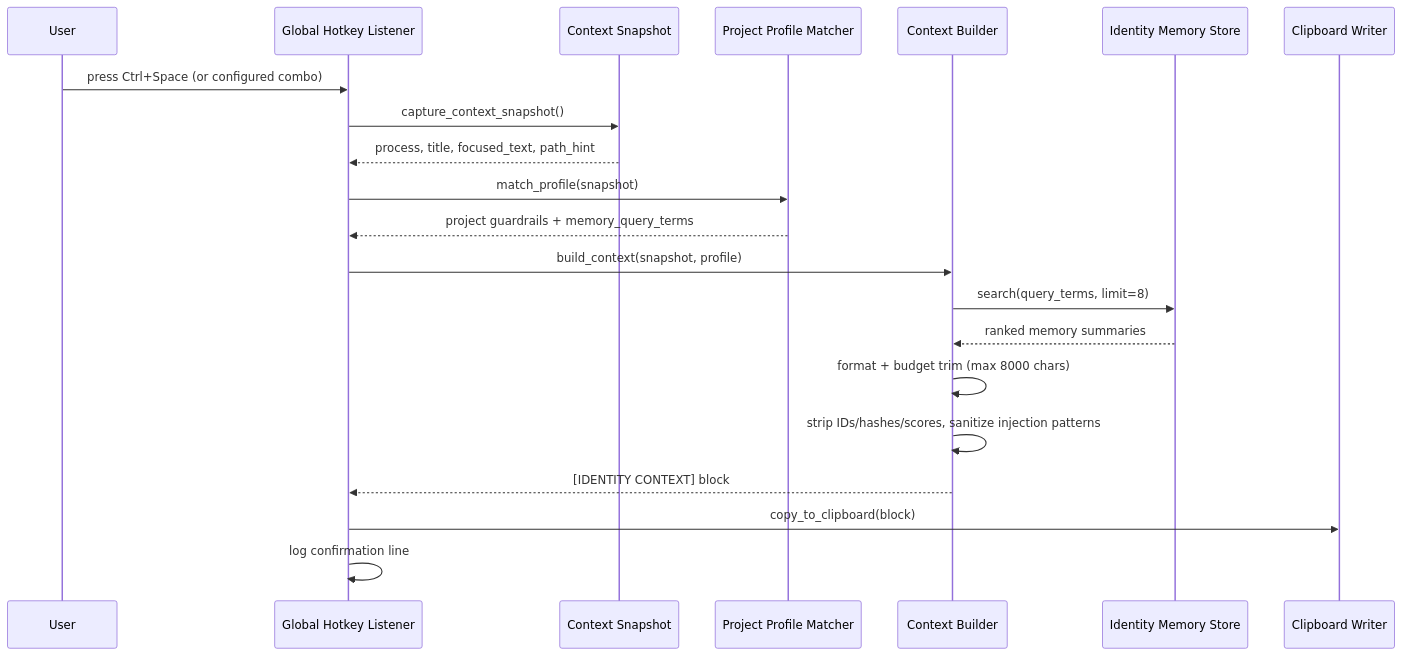
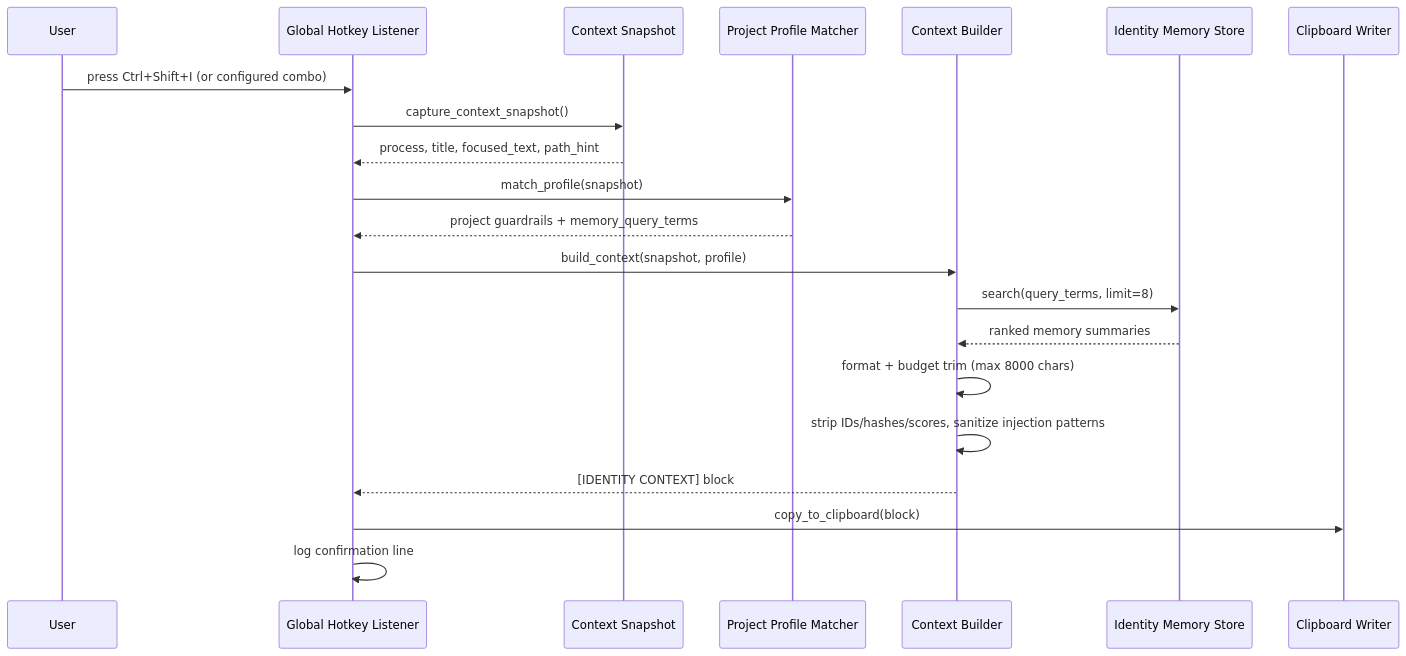
Diagram 16 of 16 in docs/system-map.md (FiNdAlMkSkInDaL/Identity), drawn with Mermaid before and after one commit. The commit also changed other lines of this file and 23 other files, not shown here.

````diff
--- a/docs/system-map.md
+++ b/docs/system-map.md
@@ -522,24 +523,24 @@
 ```mermaid
 sequenceDiagram
     participant User
     participant Hotkey as Global Hotkey Listener
     participant Snapshot as Context Snapshot
     participant Profile as Project Profile Matcher
     participant Builder as Context Builder
     participant Memory as Identity Memory Store
     participant Clip as Clipboard Writer
 
-    User->>Hotkey: press Ctrl+Space (or configured combo)
+    User->>Hotkey: press Ctrl+Shift+I (or configured combo)
     Hotkey->>Snapshot: capture_context_snapshot()
     Snapshot-->>Hotkey: process, title, focused_text, path_hint
     Hotkey->>Profile: match_profile(snapshot)
     Profile-->>Hotkey: project guardrails + memory_query_terms
     Hotkey->>Builder: build_context(snapshot, profile)
     Builder->>Memory: search(query_terms, limit=8)
     Memory-->>Builder: ranked memory summaries
     Builder->>Builder: format + budget trim (max 8000 chars)
     Builder->>Builder: strip IDs/hashes/scores, sanitize injection patterns
     Builder-->>Hotkey: [IDENTITY CONTEXT] block
     Hotkey->>Clip: copy_to_clipboard(block)
     Hotkey->>Hotkey: log confirmation line
 ```
````
